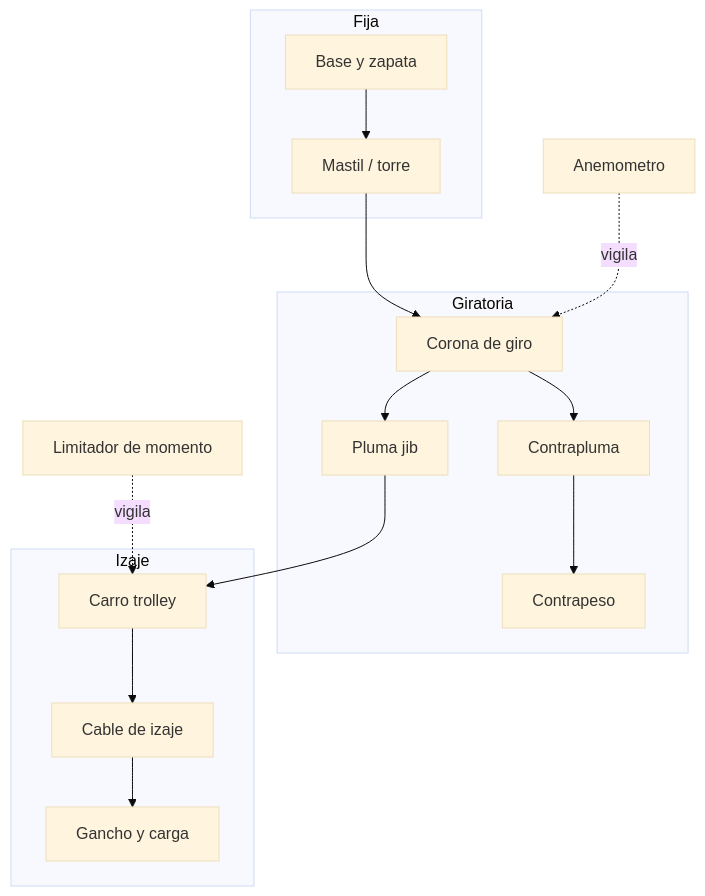
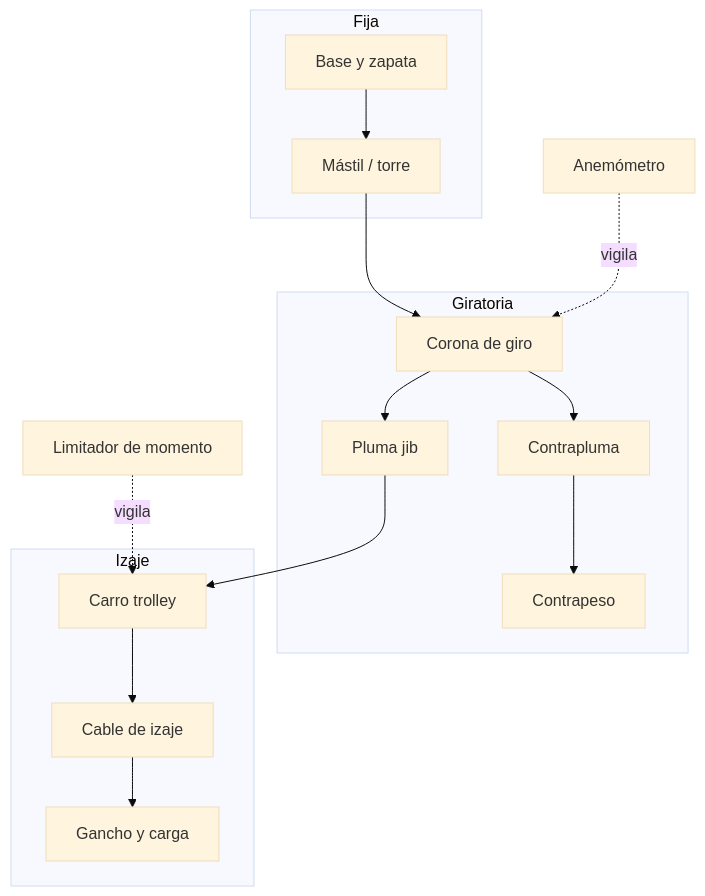
The first of 4 diagrams in vehiculos/grua-torre/operacion/sistemas-mecanicos-grua-torre.md (vladimiracunadev-create/machine-operator-program), drawn with Mermaid (base theme) before and after one commit. The commit also changed other lines of this file and 442 other files, not shown here.

````diff
--- a/vehiculos/grua-torre/operacion/sistemas-mecanicos-grua-torre.md
+++ b/vehiculos/grua-torre/operacion/sistemas-mecanicos-grua-torre.md
@@ -11,19 +11,19 @@
 ```mermaid
 flowchart TD
     subgraph Fija
-        Ba[Base y zapata] --> Ma[Mastil / torre]
+        Ba[Base y zapata] --> Ma[Mástil / torre]
     end
     subgraph Giratoria
         Co[Corona de giro] --> Pl[Pluma jib]
         Co --> Cp[Contrapluma]
         Cp --> Cw[Contrapeso]
     end
     subgraph Izaje
         Ca[Carro trolley] --> Cb[Cable de izaje]
         Cb --> Gh[Gancho y carga]
     end
     Ma --> Co
     Pl --> Ca
     LMI[Limitador de momento] -. vigila .-> Ca
-    An[Anemometro] -. vigila .-> Co
+    An[Anemómetro] -. vigila .-> Co
 ```
````
